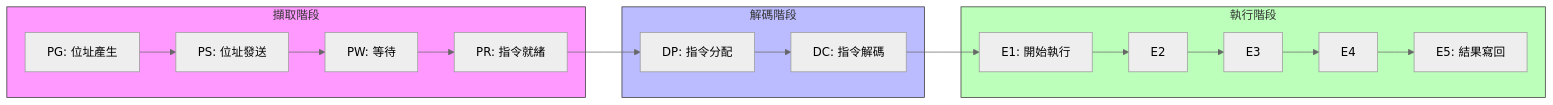
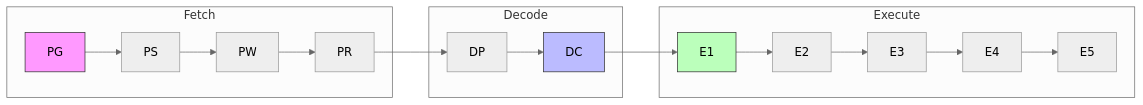
The first of 2 diagrams in DCS/TMS320C6000/核心架構與Pipeline.md (Wilfred430/Obsidian), drawn with Mermaid (neutral theme) before and after one commit. The commit also changed other lines of this file and 6 other files, not shown here.

````diff
--- a/DCS/TMS320C6000/核心架構與Pipeline.md
+++ b/DCS/TMS320C6000/核心架構與Pipeline.md
@@ -50,25 +48,15 @@
 ```mermaid
 graph LR
-    subgraph Fetch_Phase [擷取階段]
-        PG[PG: 位址產生] --> PS[PS: 位址發送]
-        PS --> PW[PW: 等待]
-        PW --> PR[PR: 指令就緒]
+    subgraph Fetch
+        PG --> PS --> PW --> PR
     end
-
-    subgraph Decode_Phase [解碼階段]
-        PR --> DP[DP: 指令分配]
-        DP --> DC[DC: 指令解碼]
+    subgraph Decode
+        PR --> DP --> DC
     end
-
-    subgraph Execute_Phase [執行階段]
-        DC --> E1[E1: 開始執行]
-        E1 --> E2[E2]
-        E2 --> E3[E3]
-        E3 --> E4[E4]
-        E4 --> E5[E5: 結果寫回]
+    subgraph Execute
+        DC --> E1 --> E2 --> E3 --> E4 --> E5
     end
-
-    style Fetch_Phase fill:#f9f,stroke:#333
-    style Decode_Phase fill:#bbf,stroke:#333
-    style Execute_Phase fill:#bfb,stroke:#333
+    style PG fill:#f9f,stroke:#333
+    style DC fill:#bbf,stroke:#333
+    style E1 fill:#bfb,stroke:#333
 ```
````
